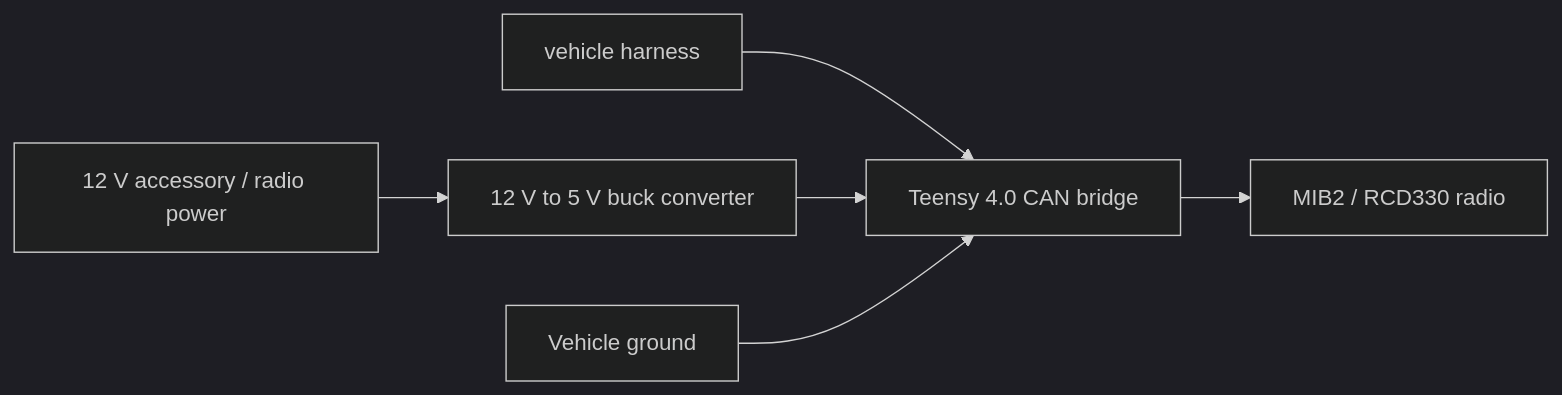
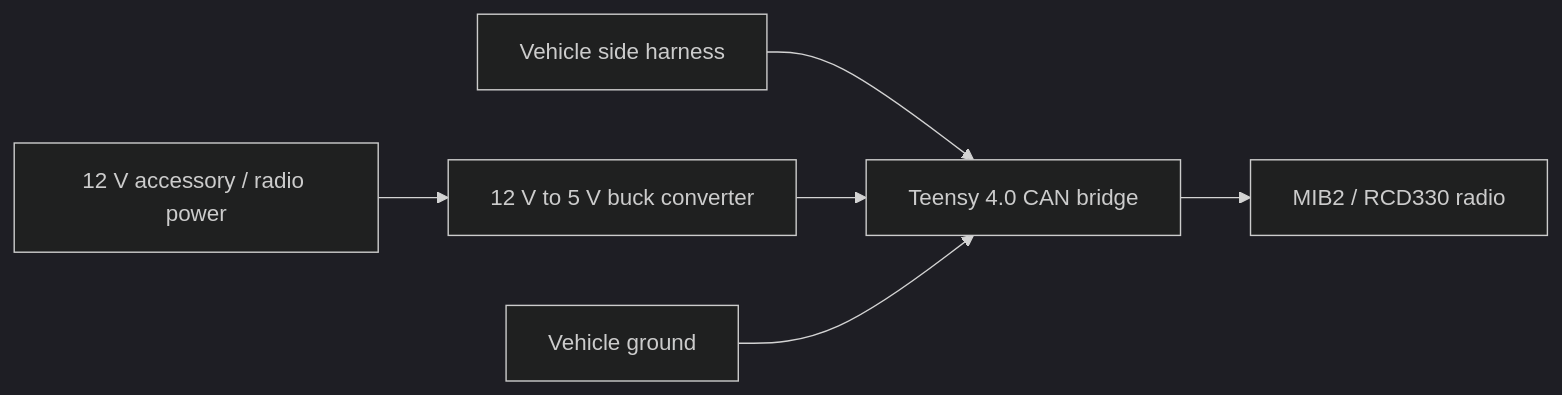
One commit to tehfalcon-vw/MIB2-Can-Bridge-MK5-B6 changed the first of 2 diagrams in README.md. Above: the diagram before and after it, drawn with Mermaid (dark theme). The commit also changed other lines of this file, not shown here.

````diff
--- a/README.md
+++ b/README.md
@@ -68,8 +68,8 @@
 ```mermaid
 flowchart LR
-    car["vehicle harness"] --> bridge["Teensy 4.0 CAN bridge"]
+    car["Vehicle side harness"] --> bridge["Teensy 4.0 CAN bridge"]
     bridge --> radio["MIB2 / RCD330 radio"]
     power["12 V accessory / radio power"] --> buck["12 V to 5 V buck converter"]
     buck --> bridge
     ground["Vehicle ground"] --> bridge
 ```
````
